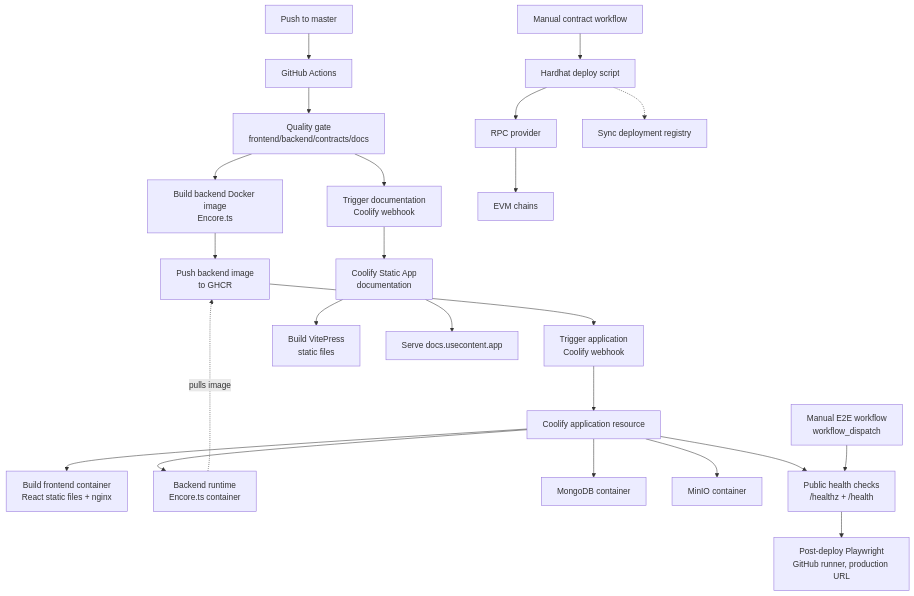
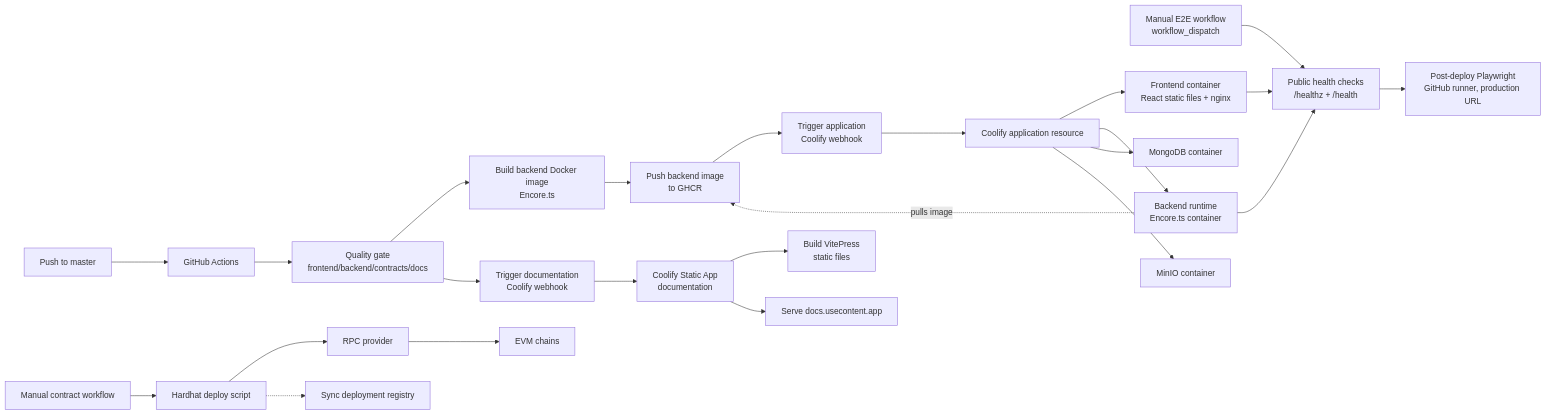
The first of 3 diagrams in documentation/deployment/index.md (akhmetovKamil/useContent), drawn with Mermaid before and after one commit. The commit also changed 4 other files, not shown here.

Commit message:
Fix docs diagrams and backend CI test gate

````diff
--- a/documentation/deployment/index.md
+++ b/documentation/deployment/index.md
@@ -23,29 +23,31 @@
 ```mermaid
-flowchart TD
+flowchart LR
+    ManualE2E["Manual E2E workflow<br/>workflow_dispatch"] --> Health["Public health checks<br/>/healthz + /health"]
+
     Push["Push to master"] --> Actions["GitHub Actions"]
     Actions --> Gate["Quality gate<br/>frontend/backend/contracts/docs"]
+
     Gate --> BackendImage["Build backend Docker image<br/>Encore.ts"]
     BackendImage --> GHCR["Push backend image<br/>to GHCR"]
     GHCR --> AppWebhook["Trigger application<br/>Coolify webhook"]
+    AppWebhook --> CoolifyApp["Coolify application resource"]
+
     Gate --> DocsWebhook["Trigger documentation<br/>Coolify webhook"]
+    DocsWebhook --> CoolifyDocs["Coolify Static App<br/>documentation"]
+    CoolifyDocs --> DocsBuild["Build VitePress<br/>static files"]
+    CoolifyDocs --> DocsStatic["Serve docs.usecontent.app"]
 
-    AppWebhook --> CoolifyApp["Coolify application resource"]
-    DocsWebhook --> CoolifyDocs["Coolify Static App<br/>documentation"]
-
-    CoolifyApp --> Frontend["Build frontend container<br/>React static files + nginx"]
+    CoolifyApp --> Frontend["Frontend container<br/>React static files + nginx"]
     CoolifyApp --> Backend["Backend runtime<br/>Encore.ts container"]
-    Backend -.->|pulls image| GHCR
     CoolifyApp --> Mongo["MongoDB container"]
     CoolifyApp --> MinIO["MinIO container"]
-    CoolifyApp --> Health["Public health checks<br/>/healthz + /health"]
+    Backend -.->|pulls image| GHCR
+    Frontend --> Health
+    Backend --> Health
     Health --> Smoke["Post-deploy Playwright<br/>GitHub runner, production URL"]
-    ManualE2E["Manual E2E workflow<br/>workflow_dispatch"] --> Health
-
-    CoolifyDocs --> DocsBuild["Build VitePress<br/>static files"]
-    CoolifyDocs --> DocsStatic["Serve docs.usecontent.app"]
 
     Manual["Manual contract workflow"] --> Hardhat["Hardhat deploy script"]
     Hardhat --> RPC["RPC provider"]
     RPC --> Chains["EVM chains"]
     Hardhat -.-> Registry["Sync deployment registry"]
 ```
````
